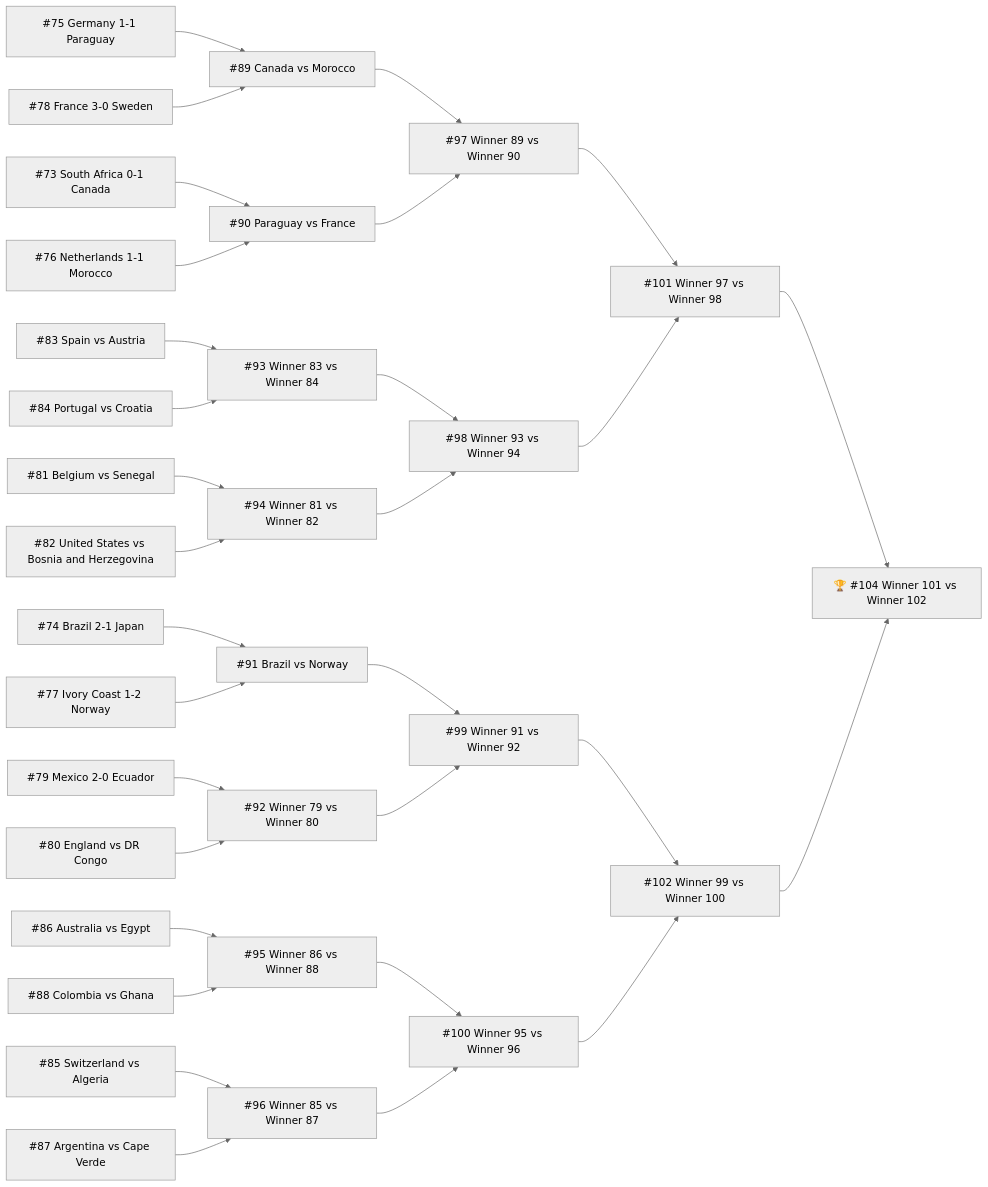
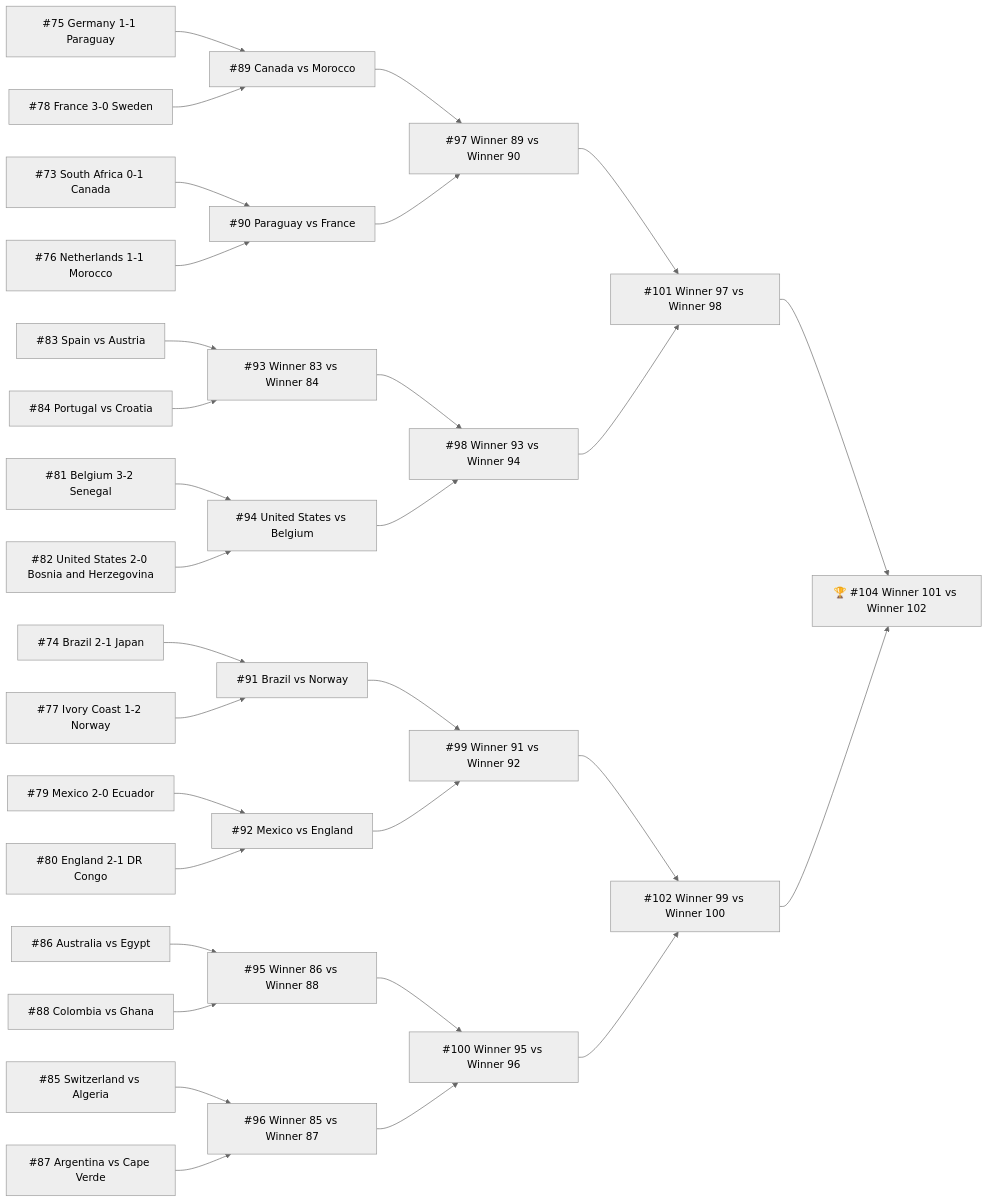
One commit to didiowen/theyears changed the diagram in src/site/notes/Area/Football/World Cup 2026.md. Above: the diagram before and after it, drawn with Mermaid (neutral theme). The commit also changed 3 other files, not shown here.

````diff
--- a/src/site/notes/Area/Football/World Cup 2026.md
+++ b/src/site/notes/Area/Football/World Cup 2026.md
@@ -481,64 +481,64 @@
 ```mermaid
 flowchart LR
   M73["#73 South Africa 0-1 Canada"]
   M74["#74 Brazil 2-1 Japan"]
   M75["#75 Germany 1-1 Paraguay"]
   M76["#76 Netherlands 1-1 Morocco"]
   M77["#77 Ivory Coast 1-2 Norway"]
   M78["#78 France 3-0 Sweden"]
   M79["#79 Mexico 2-0 Ecuador"]
-  M80["#80 England vs DR Congo"]
-  M81["#81 Belgium vs Senegal"]
-  M82["#82 United States vs Bosnia and Herzegovina"]
+  M80["#80 England 2-1 DR Congo"]
+  M81["#81 Belgium 3-2 Senegal"]
+  M82["#82 United States 2-0 Bosnia and Herzegovina"]
   M83["#83 Spain vs Austria"]
   M84["#84 Portugal vs Croatia"]
   M85["#85 Switzerland vs Algeria"]
   M86["#86 Australia vs Egypt"]
   M87["#87 Argentina vs Cape Verde"]
   M88["#88 Colombia vs Ghana"]
   M89["#89 Canada vs Morocco"]
   M90["#90 Paraguay vs France"]
   M91["#91 Brazil vs Norway"]
-  M92["#92 Winner 79 vs Winner 80"]
+  M92["#92 Mexico vs England"]
   M93["#93 Winner 83 vs Winner 84"]
-  M94["#94 Winner 81 vs Winner 82"]
+  M94["#94 United States vs Belgium"]
   M95["#95 Winner 86 vs Winner 88"]
   M96["#96 Winner 85 vs Winner 87"]
   M97["#97 Winner 89 vs Winner 90"]
   M98["#98 Winner 93 vs Winner 94"]
   M99["#99 Winner 91 vs Winner 92"]
   M100["#100 Winner 95 vs Winner 96"]
   M101["#101 Winner 97 vs Winner 98"]
   M102["#102 Winner 99 vs Winner 100"]
   M104["🏆 #104 Winner 101 vs Winner 102"]
   M75 --> M89
   M78 --> M89
   M73 --> M90
   M76 --> M90
   M74 --> M91
   M77 --> M91
   M79 --> M92
   M80 --> M92
   M83 --> M93
   M84 --> M93
   M81 --> M94
   M82 --> M94
   M86 --> M95
   M88 --> M95
   M85 --> M96
   M87 --> M96
   M89 --> M97
   M90 --> M97
   M93 --> M98
   M94 --> M98
   M91 --> M99
   M92 --> M99
   M95 --> M100
   M96 --> M100
   M97 --> M101
   M98 --> M101
   M99 --> M102
   M100 --> M102
   M101 --> M104
   M102 --> M104
 ```
````
